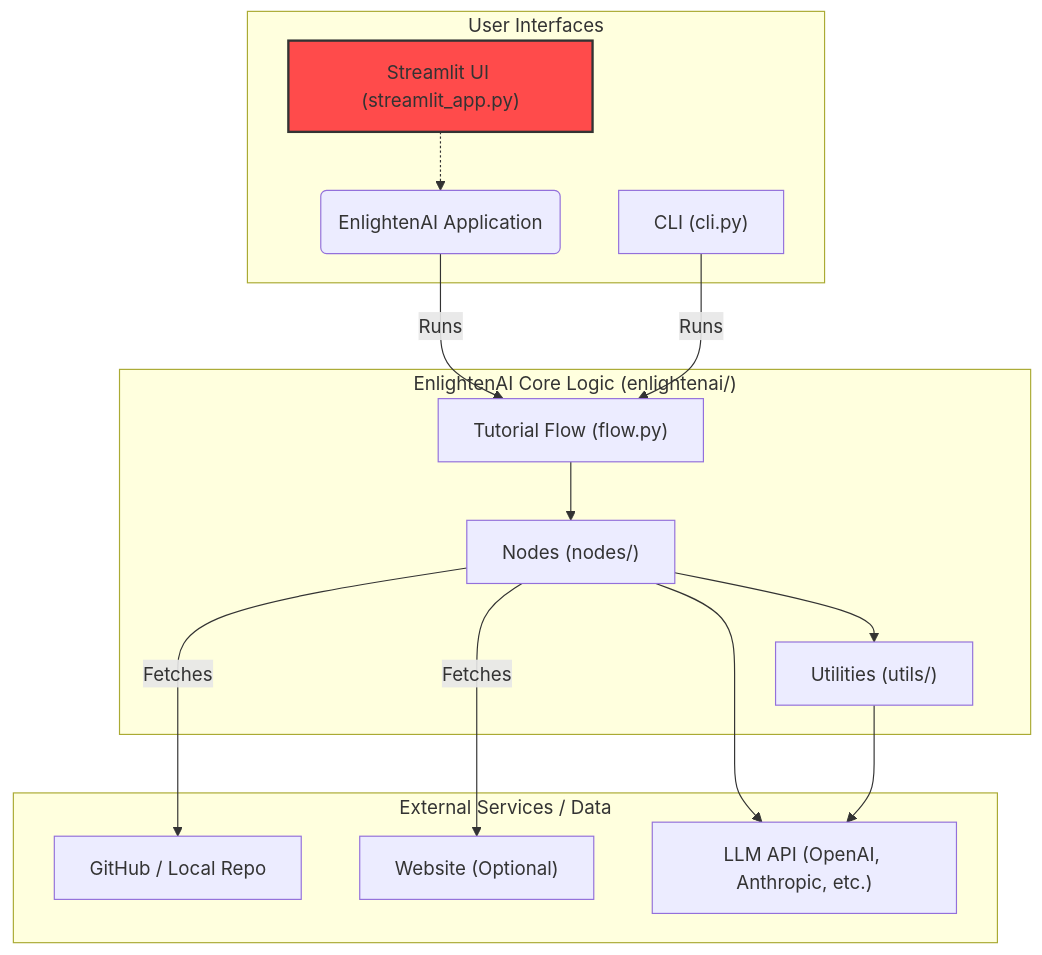
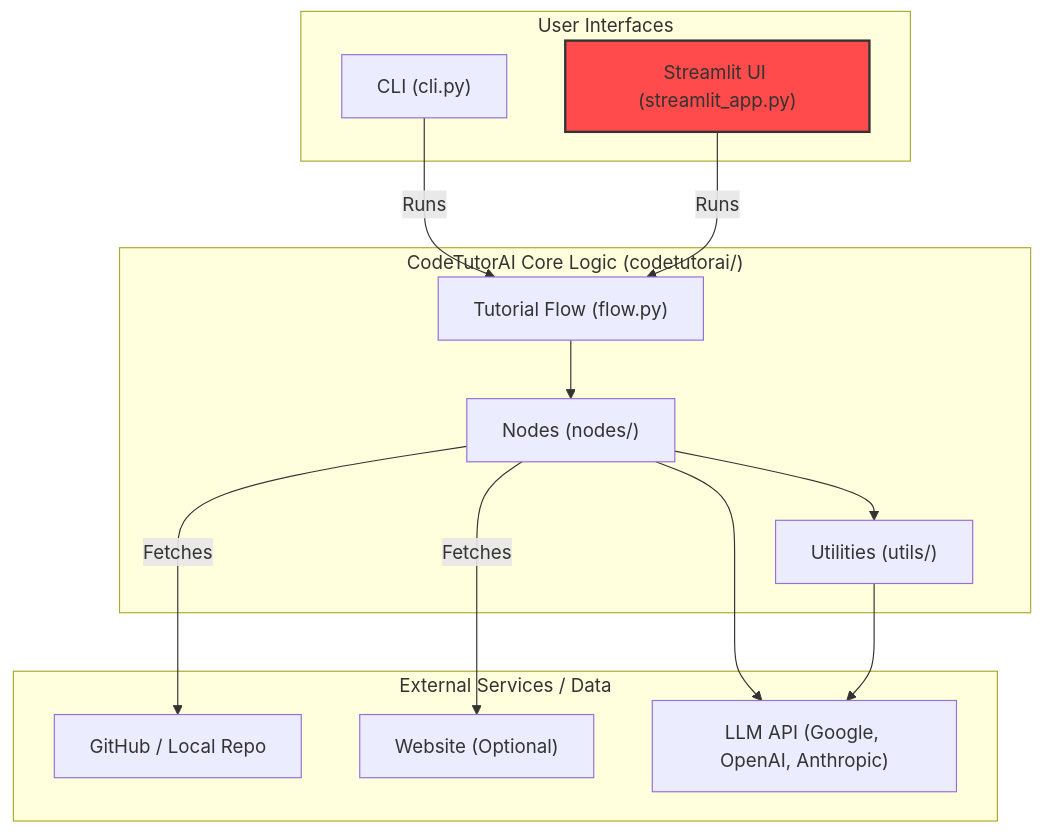
One commit to Mathews-Tom/CodeTutorAI changed the diagram in README.md. Above: the diagram before and after it, drawn with Mermaid. The commit also changed other lines of this file and 37 other files, not shown here.

First line of the commit message:
feat: Implement Streamlit UI enhancements and core logic updates

````diff
--- a/README.md
+++ b/README.md
@@ -48,35 +50,35 @@
 ```mermaid
 graph TD
     subgraph "User Interfaces"
         UI_CLI["CLI (cli.py)"]
-        UI_ST["Streamlit UI (streamlit_app.py)"] -.-> App;
+        UI_ST["Streamlit UI (streamlit_app.py)"]
     end
 
-    subgraph "EnlightenAI Core Logic (enlightenai/)"
+    subgraph "CodeTutorAI Core Logic (codetutorai/)"
         Core_Flow["Tutorial Flow (flow.py)"]
         Core_Nodes["Nodes (nodes/)"]
         Core_Utils["Utilities (utils/)"]
     end
 
     subgraph "External Services / Data"
         Ext_Git["GitHub / Local Repo"]
         Ext_Web["Website (Optional)"]
-        Ext_LLM["LLM API (OpenAI, Anthropic, etc.)"]
+        Ext_LLM["LLM API (Google, OpenAI, Anthropic)"]
     end
 
-    App(EnlightenAI Application) -- Runs --> Core_Flow;
     UI_CLI -- Runs --> Core_Flow;
+    UI_ST -- Runs --> Core_Flow;
 
 
     Core_Flow --> Core_Nodes;
     Core_Nodes --> Core_Utils;
     Core_Nodes --> Ext_LLM;
 
     Core_Nodes -- Fetches --> Ext_Git;
     Core_Nodes -- Fetches --> Ext_Web;
 
-    %% # e.g., llm_client
+    %% e.g., llm_client, history_manager
     Core_Utils --> Ext_LLM;
 
     style UI_ST fill:#FF4B4B,stroke:#333,stroke-width:2px
 ```
````
